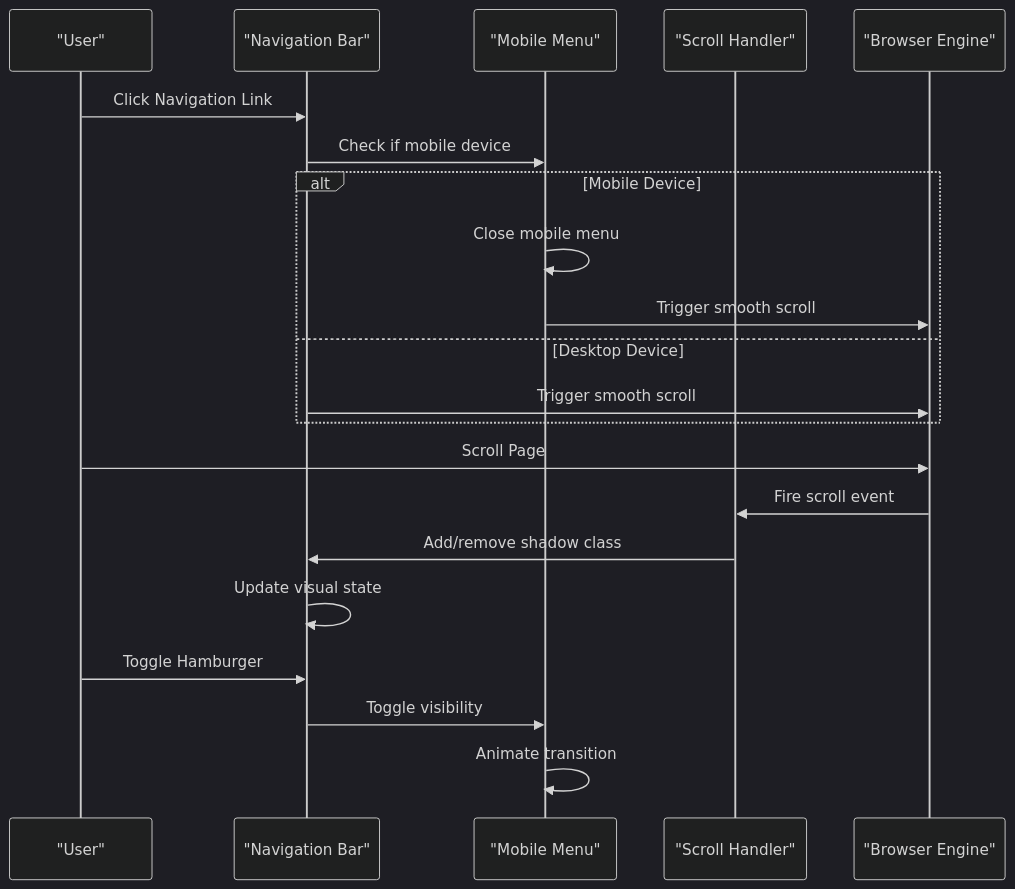
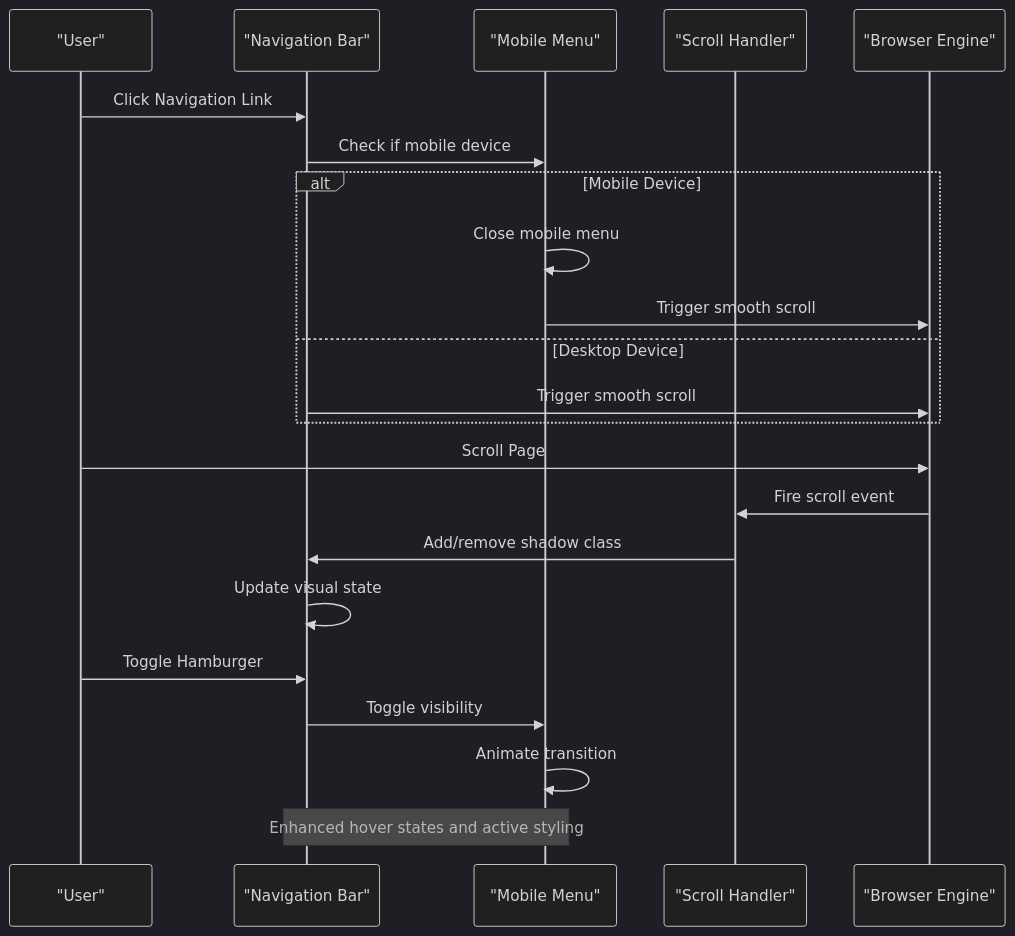
Before and after one commit to queenflowerhk/queenflowerhk.github.io: the second of 4 diagrams in .qoder/repowiki/en/content/User Interface Components/Navigation System.md, drawn with Mermaid (dark theme). The commit also changed other lines of this file and 20 other files, not shown here.

````diff
--- a/.qoder/repowiki/en/content/User Interface Components/Navigation System.md
+++ b/.qoder/repowiki/en/content/User Interface Components/Navigation System.md
@@ -79,23 +96,24 @@
 ```mermaid
 sequenceDiagram
 participant User as "User"
 participant Nav as "Navigation Bar"
 participant Menu as "Mobile Menu"
 participant Scroll as "Scroll Handler"
 participant Browser as "Browser Engine"
 User->>Nav : Click Navigation Link
 Nav->>Menu : Check if mobile device
 alt Mobile Device
 Menu->>Menu : Close mobile menu
 Menu->>Browser : Trigger smooth scroll
 else Desktop Device
 Nav->>Browser : Trigger smooth scroll
 end
 User->>Browser : Scroll Page
 Browser->>Scroll : Fire scroll event
 Scroll->>Nav : Add/remove shadow class
 Nav->>Nav : Update visual state
 User->>Nav : Toggle Hamburger
 Nav->>Menu : Toggle visibility
 Menu->>Menu : Animate transition
+Note over Nav,Menu : Enhanced hover states and active styling
 ```
````
